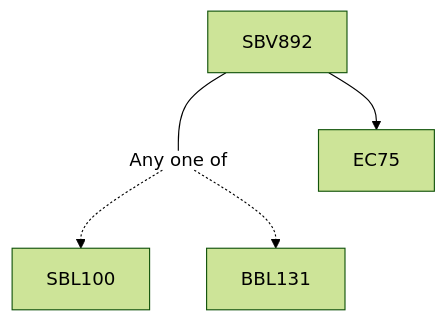
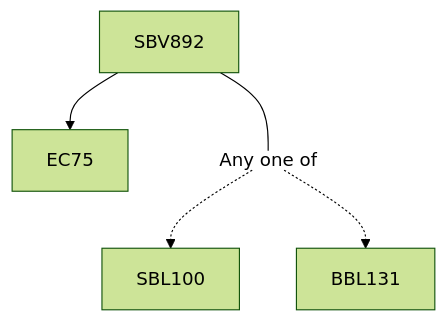
The diagram in content/Biological Sciences/SBV892.md (KeshavBansal0122/CoS_Website), drawn with Mermaid (forest theme) before and after one commit. The commit also changed other lines of this file and 392 other files, not shown here.

````diff
--- a/content/Biological Sciences/SBV892.md
+++ b/content/Biological Sciences/SBV892.md
@@ -13,11 +13,11 @@
 ```mermaid
 flowchart TD
 SBV892-1546[SBV892]
+SBV892-1546 --> EC75-1546[EC75]
 SBV892-1546 --- Or1547[Any one of]:::empty
 Or1547 -.-> SBL100-1548[SBL100]
 Or1547 -.-> BBL131-1549[BBL131]
-SBV892-1546 --> EC75-1546[EC75]
 
 classDef empty height:17px, fill:transparent, stroke:transparent;
 classDef trueEmpty height:0px, width:0px;
 ```
````
